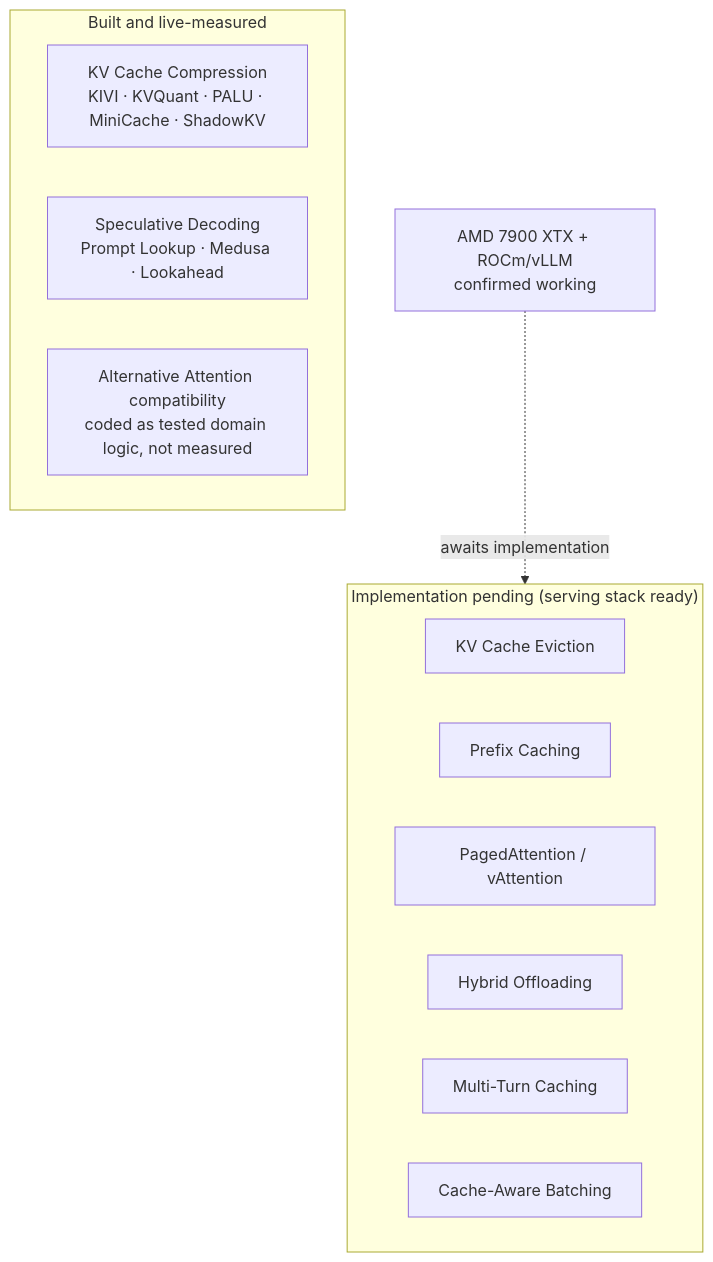
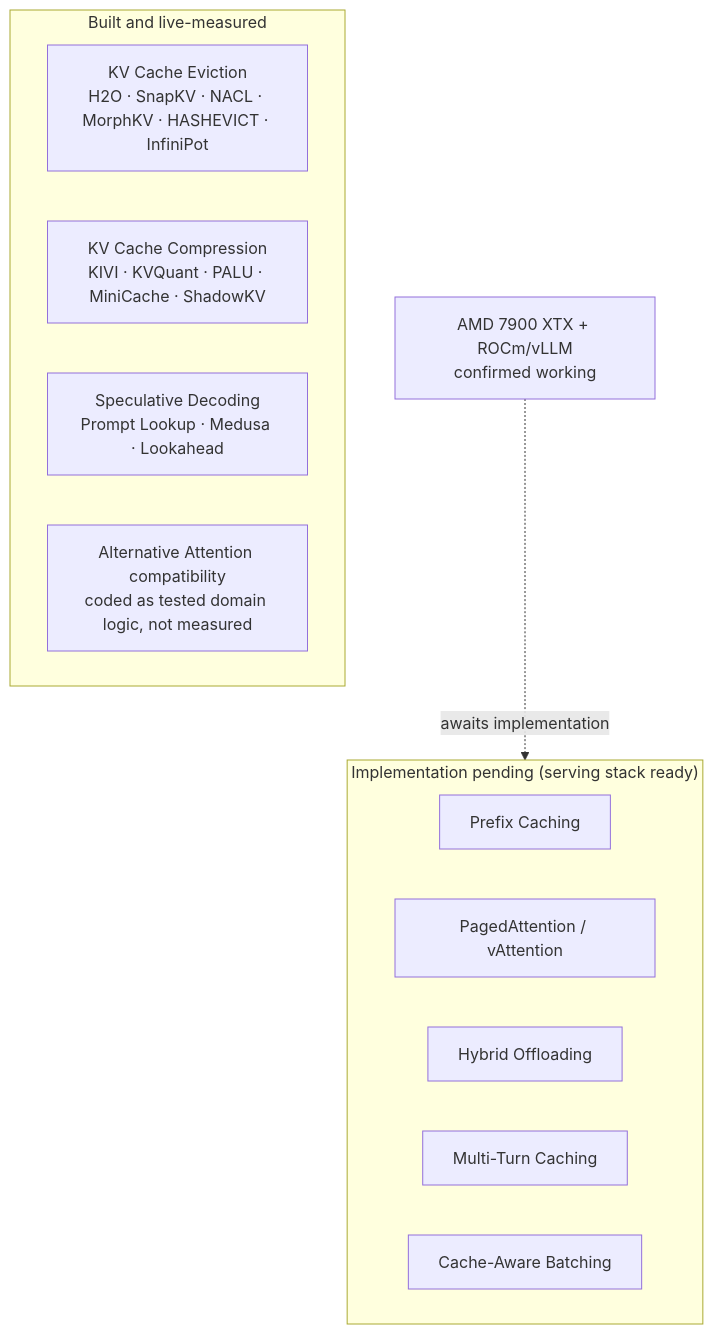
Before and after one commit to aaronrmDev/AI-AUGMENTED-GENERATION: the diagram in docs/architecture/CAG.md, drawn with Mermaid. The commit also changed other lines of this file and 21 other files, not shown here.

````diff
--- a/docs/architecture/CAG.md
+++ b/docs/architecture/CAG.md
@@ -29,17 +29,17 @@
 ```mermaid
 flowchart TD
     subgraph built["Built and live-measured"]
+        EVICT["KV Cache Eviction<br/>H2O · SnapKV · NACL · MorphKV · HASHEVICT · InfiniPot"]
         COMP["KV Cache Compression<br/>KIVI · KVQuant · PALU · MiniCache · ShadowKV"]
         SPEC["Speculative Decoding<br/>Prompt Lookup · Medusa · Lookahead"]
         ATTN["Alternative Attention compatibility<br/>coded as tested domain logic, not measured"]
     end
     subgraph blocked["Implementation pending (serving stack ready)"]
-        EVICT["KV Cache Eviction"]
         PREFIX["Prefix Caching"]
         PAGED["PagedAttention / vAttention"]
         HYBRID["Hybrid Offloading"]
         MULTI["Multi-Turn Caching"]
         BATCH["Cache-Aware Batching"]
     end
     HW["AMD 7900 XTX + ROCm/vLLM<br/>confirmed working"] -.awaits implementation.-> blocked
 ```
````
